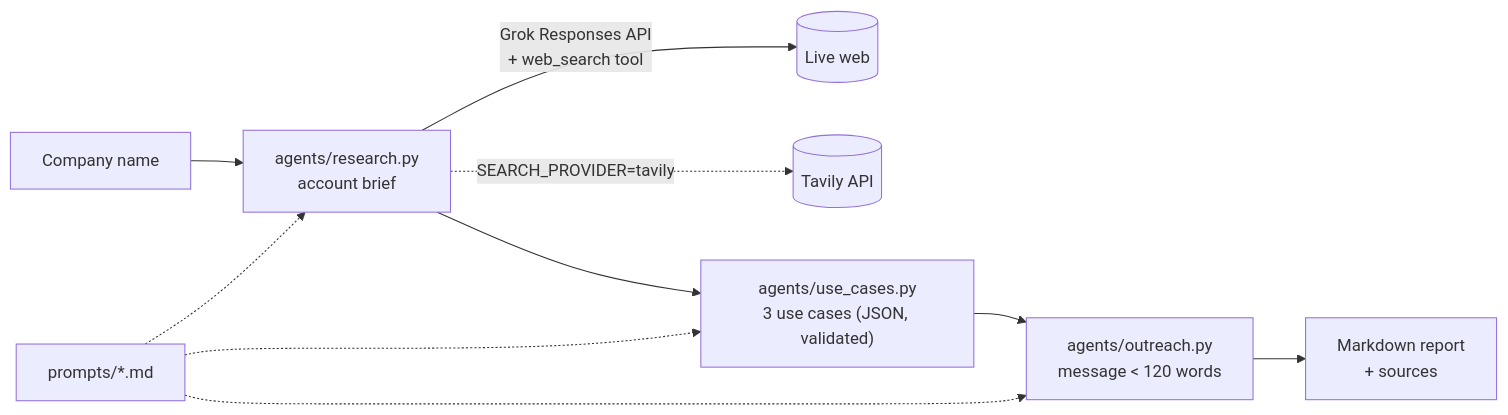
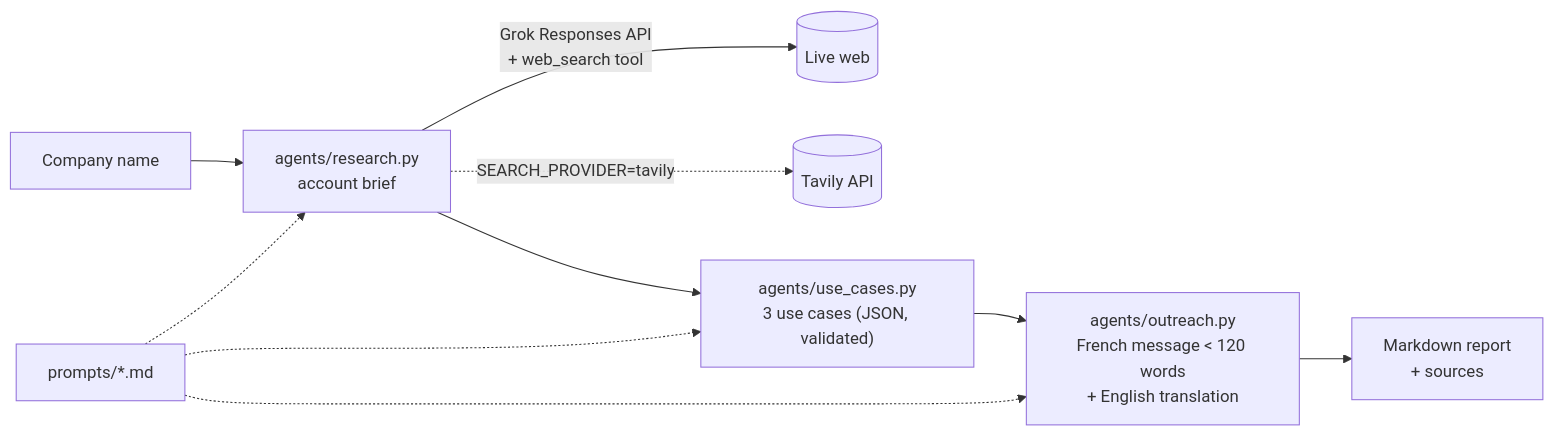
The diagram in README.md (MZStark/grok-account-research-fr), drawn with Mermaid before and after one commit. The commit also changed other lines of this file and 14 other files, not shown here.

````diff
--- a/README.md
+++ b/README.md
@@ -48,10 +48,10 @@
 ```mermaid
 flowchart LR
     A["Company name"] --> R["agents/research.py<br/>account brief"]
     R -->|"Grok Responses API<br/>+ web_search tool"| W[("Live web")]
     R -.->|"SEARCH_PROVIDER=tavily"| T[("Tavily API")]
     R --> U["agents/use_cases.py<br/>3 use cases (JSON, validated)"]
-    U --> O["agents/outreach.py<br/>message &lt; 120 words"]
+    U --> O["agents/outreach.py<br/>French message &lt; 120 words<br/>+ English translation"]
     O --> M["Markdown report<br/>+ sources"]
     P["prompts/*.md"] -.-> R & U & O
 ```
````
